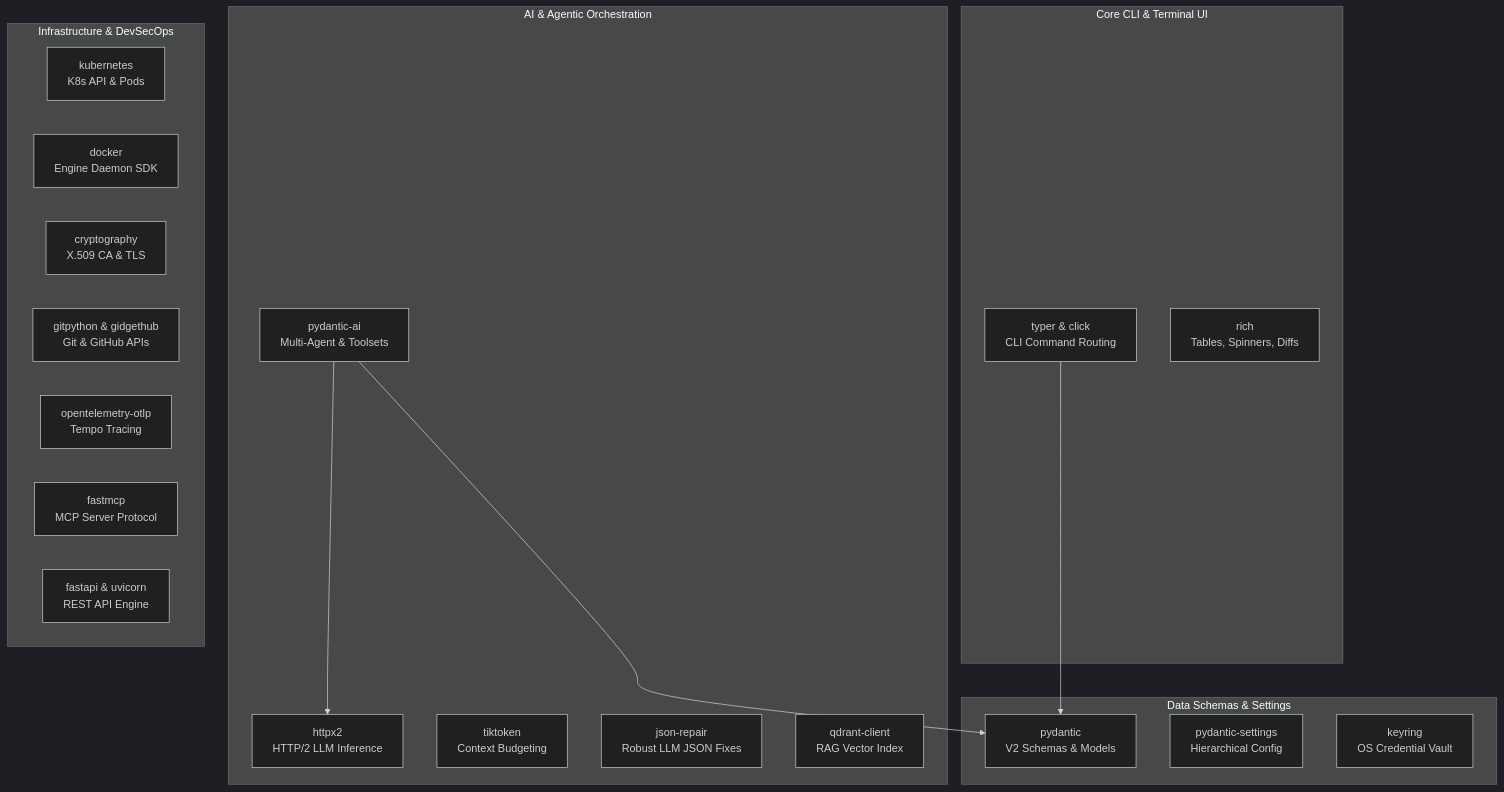
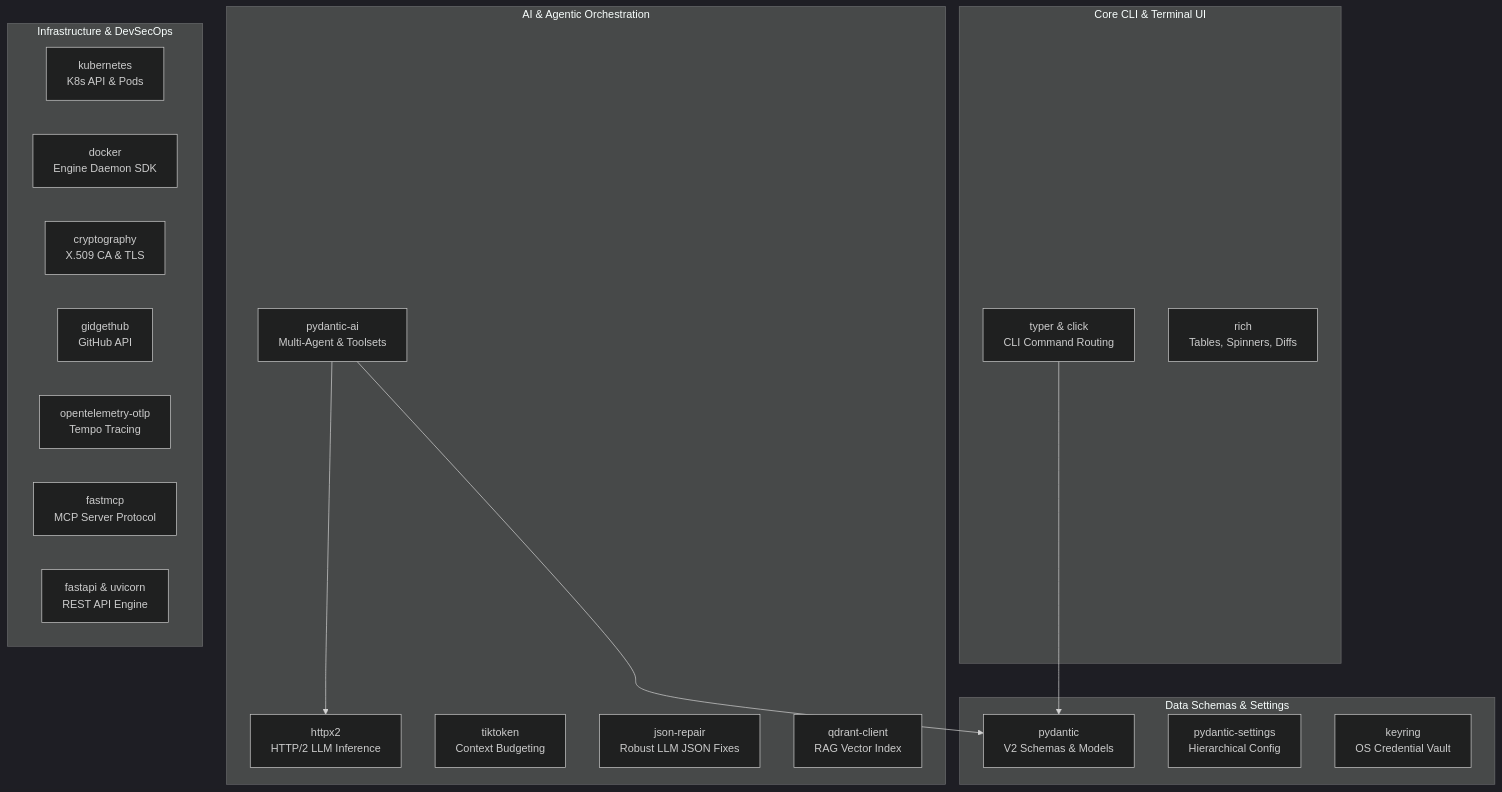
The diagram in src/devops_cli/ai/knowledge_base/devops_cli/python_packages.md (dan-petty/devops-cli), drawn with Mermaid (dark theme) before and after one commit. The commit also changed other lines of this file and 32 other files, not shown here.

````diff
--- a/src/devops_cli/ai/knowledge_base/devops_cli/python_packages.md
+++ b/src/devops_cli/ai/knowledge_base/devops_cli/python_packages.md
@@ -14,35 +14,35 @@
 ```mermaid
 graph TD
     subgraph "Core CLI & Terminal UI"
         TYPER["typer & click<br/>CLI Command Routing"]
         RICH["rich<br/>Tables, Spinners, Diffs"]
     end
 
     subgraph "Data Schemas & Settings"
         PYDANTIC["pydantic<br/>V2 Schemas & Models"]
         SETTINGS["pydantic-settings<br/>Hierarchical Config"]
         KEYRING["keyring<br/>OS Credential Vault"]
     end
 
     subgraph "AI & Agentic Orchestration"
         PYDANTIC_AI["pydantic-ai<br/>Multi-Agent & Toolsets"]
         HTTPX2["httpx2<br/>HTTP/2 LLM Inference"]
         TIKTOKEN["tiktoken<br/>Context Budgeting"]
         JSON_REPAIR["json-repair<br/>Robust LLM JSON Fixes"]
         QDRANT["qdrant-client<br/>RAG Vector Index"]
     end
 
     subgraph "Infrastructure & DevSecOps"
         K8S["kubernetes<br/>K8s API & Pods"]
         DOCKER["docker<br/>Engine Daemon SDK"]
         CRYPTO["cryptography<br/>X.509 CA & TLS"]
-        GIT["gitpython & gidgethub<br/>Git & GitHub APIs"]
+        GIT["gidgethub<br/>GitHub API"]
         OTEL["opentelemetry-otlp<br/>Tempo Tracing"]
         FASTMCP["fastmcp<br/>MCP Server Protocol"]
         FASTAPI["fastapi & uvicorn<br/>REST API Engine"]
     end
 
     TYPER --> PYDANTIC
     PYDANTIC_AI --> HTTPX2
     PYDANTIC_AI --> PYDANTIC
 ```
````
